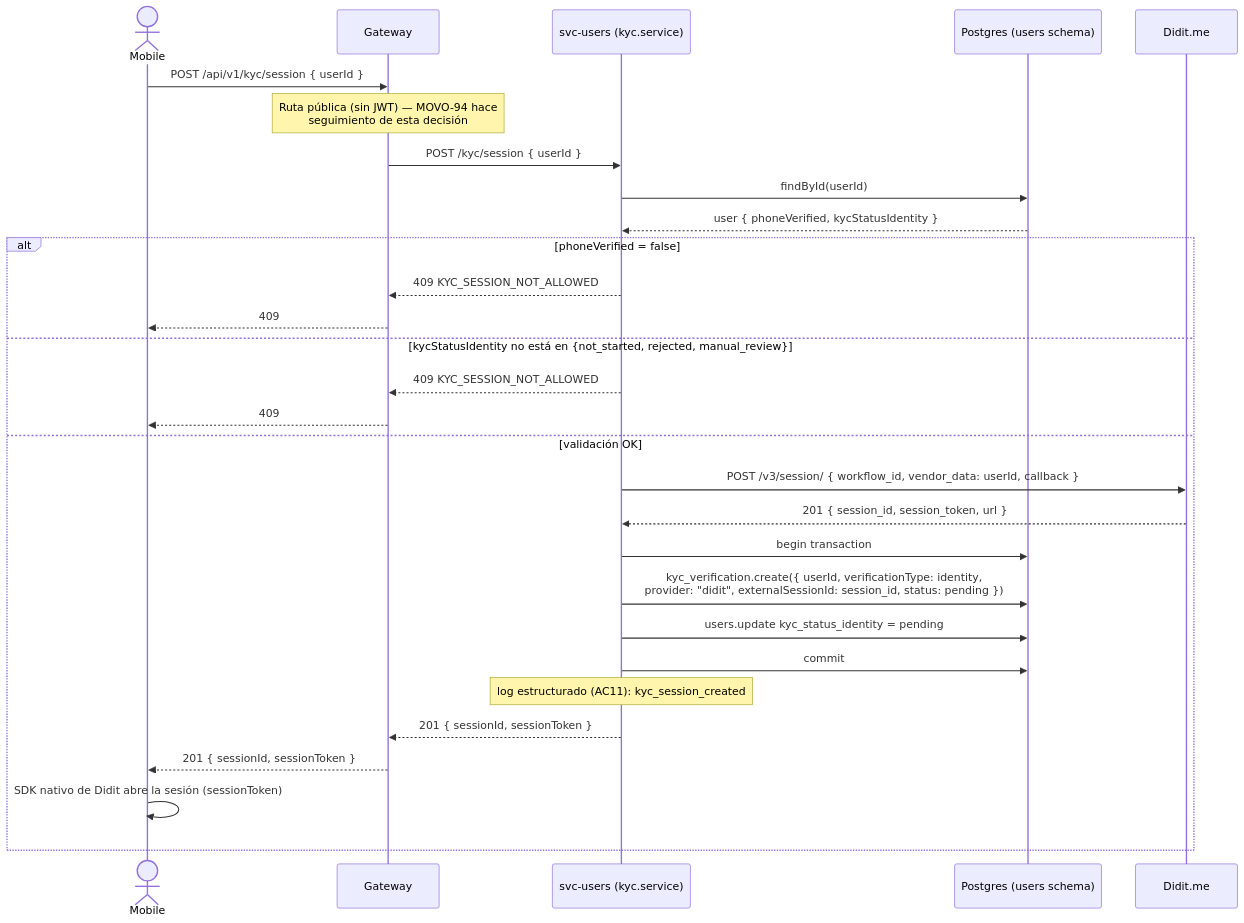
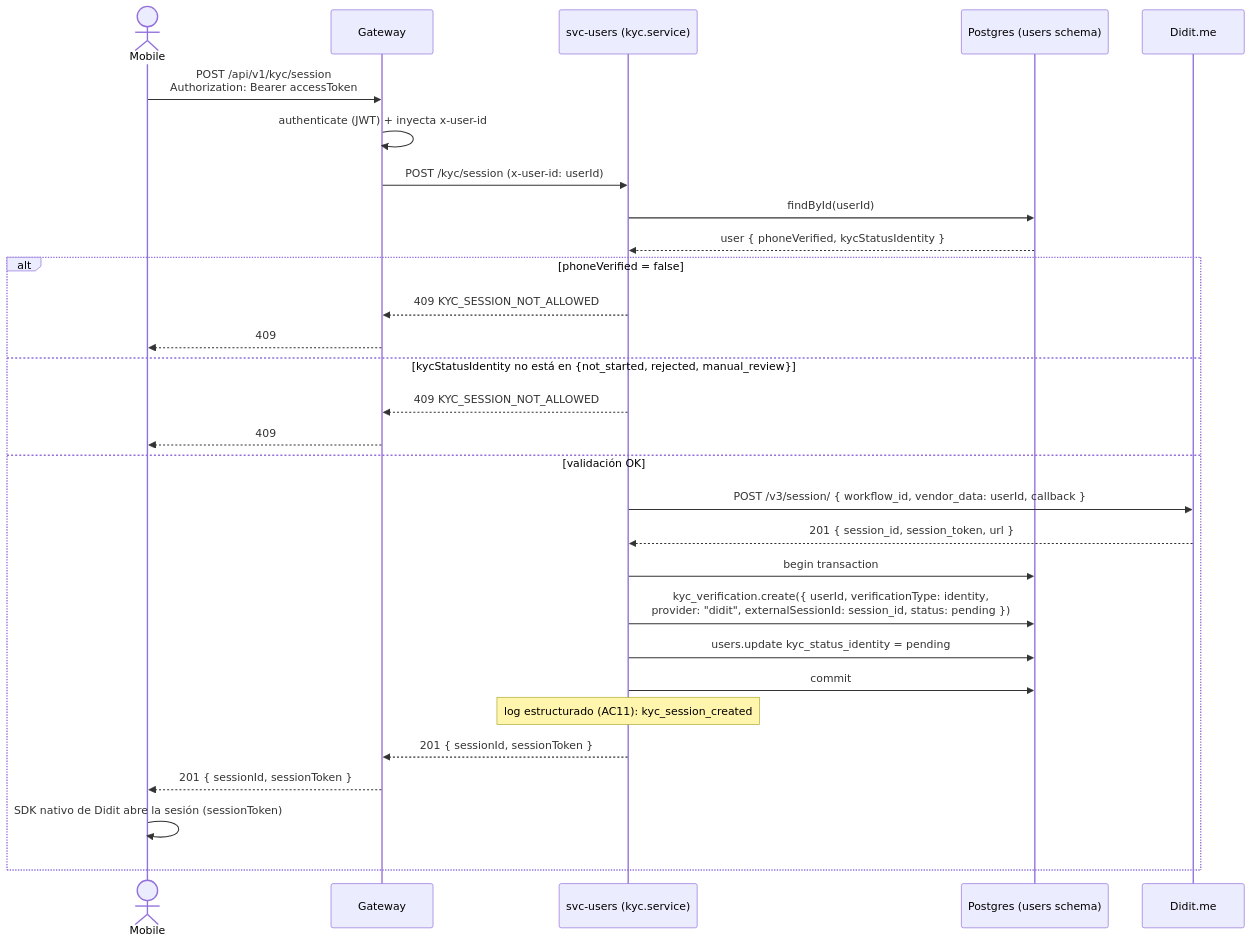
One commit to movosend/movo changed the first of 2 diagrams in docs/kyc/sequence-diagram.md. Above: the diagram before and after it, drawn with Mermaid. The commit also changed other lines of this file and 2 other files, not shown here.

First line of the commit message:
docs: reflejar la revision de PR #51 en CLAUDE.md, README y diagrama de KYC

````diff
--- a/docs/kyc/sequence-diagram.md
+++ b/docs/kyc/sequence-diagram.md
@@ -9,36 +15,36 @@
 ```mermaid
 sequenceDiagram
     actor Mobile
     participant GW as Gateway
     participant SU as svc-users (kyc.service)
     participant DB as Postgres (users schema)
     participant Didit as Didit.me
 
-    Mobile->>GW: POST /api/v1/kyc/session { userId }
-    Note over GW: Ruta pública (sin JWT) — MOVO-94 hace<br/>seguimiento de esta decisión
-    GW->>SU: POST /kyc/session { userId }
+    Mobile->>GW: POST /api/v1/kyc/session<br/>Authorization: Bearer accessToken
+    GW->>GW: authenticate (JWT) + inyecta x-user-id
+    GW->>SU: POST /kyc/session (x-user-id: userId)
 
     SU->>DB: findById(userId)
     DB-->>SU: user { phoneVerified, kycStatusIdentity }
 
     alt phoneVerified = false
         SU-->>GW: 409 KYC_SESSION_NOT_ALLOWED
         GW-->>Mobile: 409
     else kycStatusIdentity no está en {not_started, rejected, manual_review}
         SU-->>GW: 409 KYC_SESSION_NOT_ALLOWED
         GW-->>Mobile: 409
     else validación OK
         SU->>Didit: POST /v3/session/ { workflow_id, vendor_data: userId, callback }
         Didit-->>SU: 201 { session_id, session_token, url }
 
         SU->>DB: begin transaction
         SU->>DB: kyc_verification.create({ userId, verificationType: identity,<br/>provider: "didit", externalSessionId: session_id, status: pending })
         SU->>DB: users.update kyc_status_identity = pending
         SU->>DB: commit
         Note over SU: log estructurado (AC11): kyc_session_created
 
         SU-->>GW: 201 { sessionId, sessionToken }
         GW-->>Mobile: 201 { sessionId, sessionToken }
         Mobile->>Mobile: SDK nativo de Didit abre la sesión (sessionToken)
     end
 ```
````
